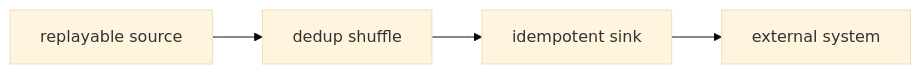
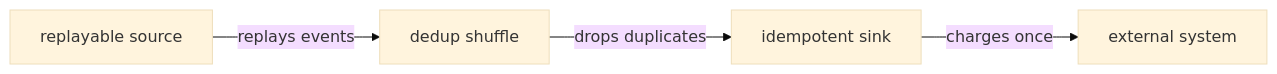
Before and after one commit to vinayakuber/streaming-systems-study-guide: the eighth of 19 diagrams in docs/ch05-exactly-once-and-side-effects.md, drawn with Mermaid (base theme). The commit also changed other lines of this file and 22 other files, not shown here.

First line of the commit message:
R18: label every diagram arrow with its meaning

````diff
--- a/docs/ch05-exactly-once-and-side-effects.md
+++ b/docs/ch05-exactly-once-and-side-effects.md
@@ -195,6 +195,6 @@
 ```mermaid
 flowchart LR
-  S["replayable source"] --> D["dedup shuffle"]
-  D --> K["idempotent sink"]
-  K --> X["external system"]
+  S["replayable source"] -->|"replays events"| D["dedup shuffle"]
+  D -->|"drops duplicates"| K["idempotent sink"]
+  K -->|"charges once"| X["external system"]
 ```
````
